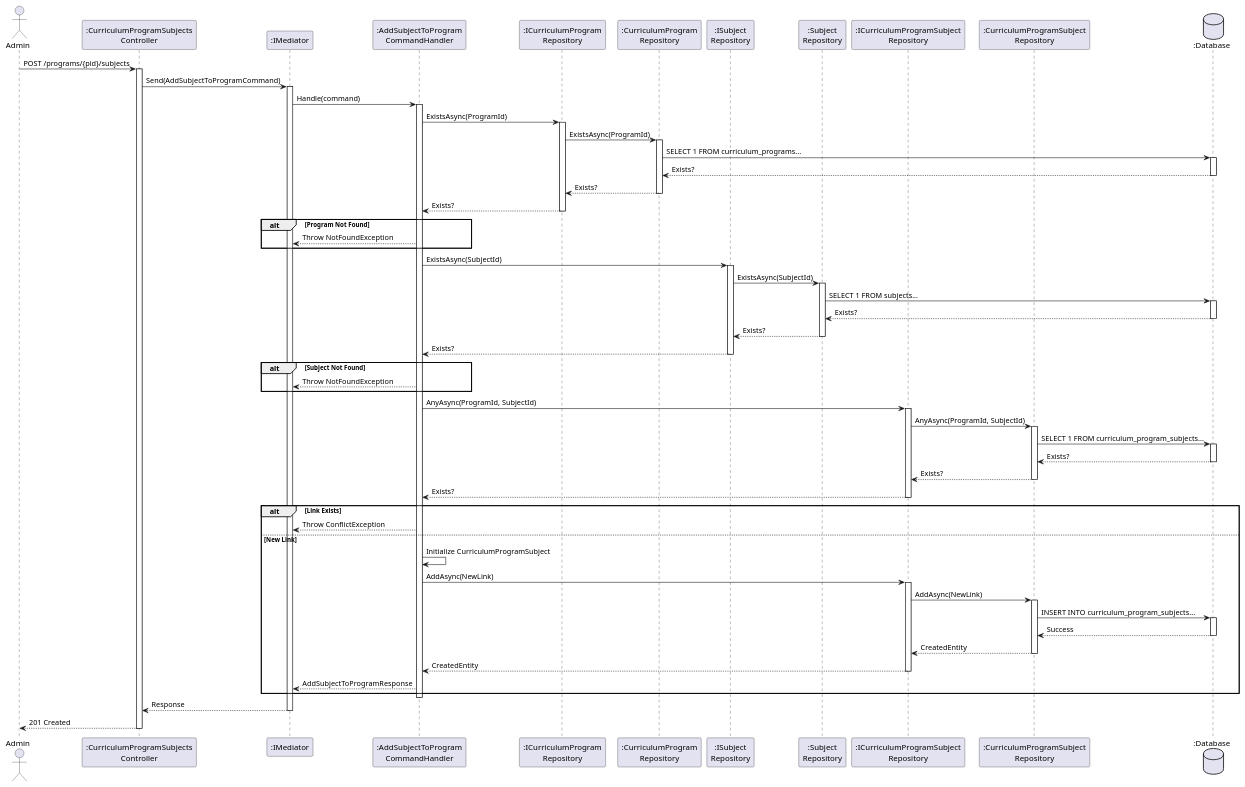
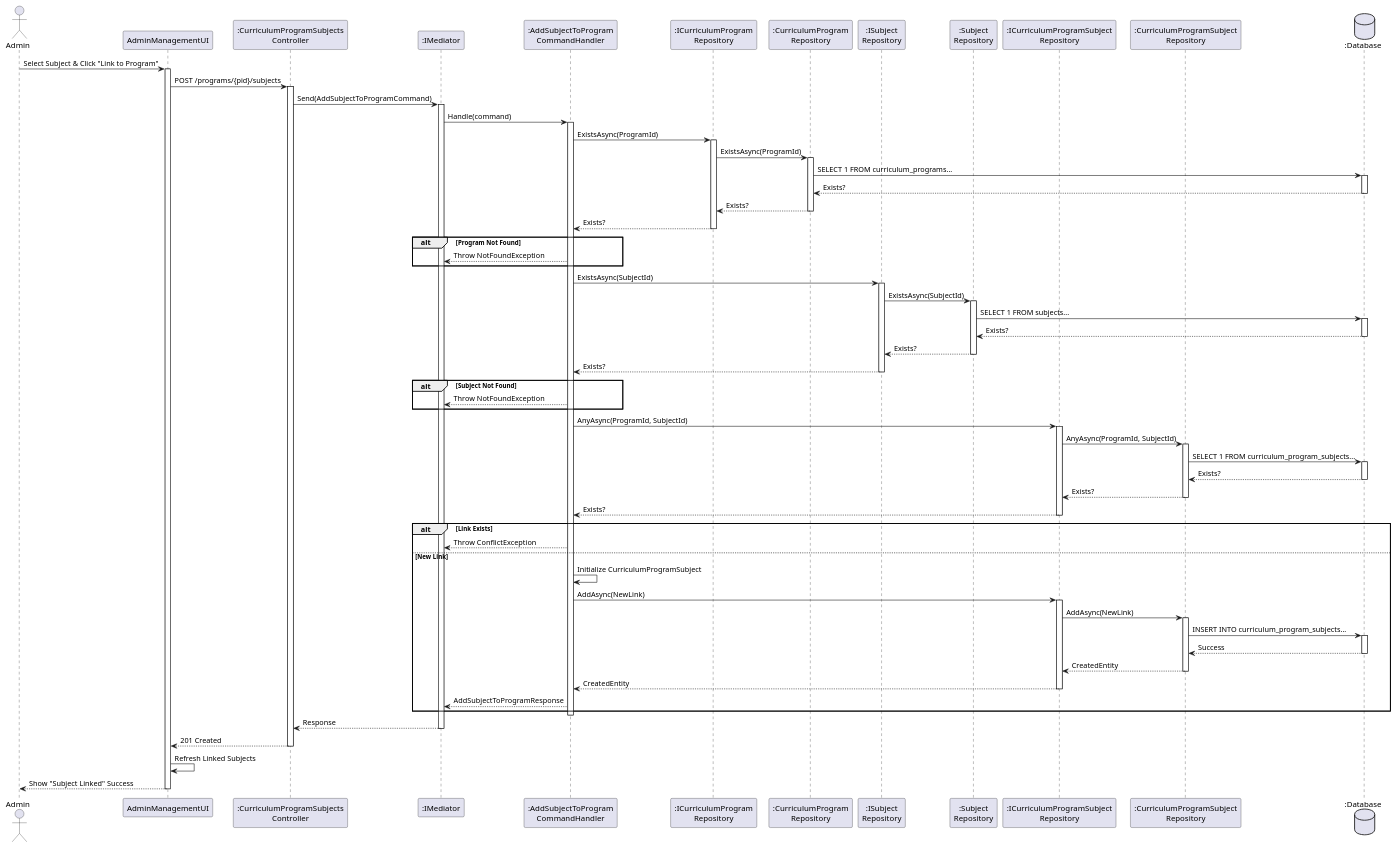
Before and after one commit to FA25SE050-RogueLearn/RogueLearn.BMAD.Documentation: the diagram in docs/srs/diagrams/sequence-diagram/admin-curriculum-program/link-subject-program-seq.puml, drawn with PlantUML. The commit also changed 77 other files, not shown here.

Commit message:
add: fix the sequence diagrams

```diff
--- a/docs/srs/diagrams/sequence-diagram/admin-curriculum-program/link-subject-program-seq.puml
+++ b/docs/srs/diagrams/sequence-diagram/admin-curriculum-program/link-subject-program-seq.puml
@@ -1,100 +1,108 @@
 @startuml
 actor Admin
+participant AdminManagementUI as UI
 participant ":CurriculumProgramSubjects\nController" as Controller
 participant ":IMediator" as Med
 participant ":AddSubjectToProgram\nCommandHandler" as Handler
 participant ":ICurriculumProgram\nRepository" as IProgRepo
 participant ":CurriculumProgram\nRepository" as ProgRepo
 participant ":ISubject\nRepository" as ISubRepo
 participant ":Subject\nRepository" as SubRepo
 participant ":ICurriculumProgramSubject\nRepository" as ILinkRepo
 participant ":CurriculumProgramSubject\nRepository" as LinkRepo
 database ":Database" as DB
 
-Admin -> Controller : POST /programs/{pid}/subjects
+Admin -> UI : Select Subject & Click "Link to Program"
+activate UI
+
+UI -> Controller : POST /programs/{pid}/subjects
 activate Controller
 
 Controller -> Med : Send(AddSubjectToProgramCommand)
 activate Med
 
 Med -> Handler : Handle(command)
 activate Handler
 
 ' 1. Validate Parents
 Handler -> IProgRepo : ExistsAsync(ProgramId)
 activate IProgRepo
 IProgRepo -> ProgRepo : ExistsAsync(ProgramId)
 activate ProgRepo
 ProgRepo -> DB : SELECT 1 FROM curriculum_programs...
 activate DB
 DB --> ProgRepo : Exists?
 deactivate DB
 ProgRepo --> IProgRepo : Exists?
 deactivate ProgRepo
 IProgRepo --> Handler : Exists?
 deactivate IProgRepo
 
 alt Program Not Found
     Handler --> Med : Throw NotFoundException
 end
 
 Handler -> ISubRepo : ExistsAsync(SubjectId)
 activate ISubRepo
 ISubRepo -> SubRepo : ExistsAsync(SubjectId)
 activate SubRepo
 SubRepo -> DB : SELECT 1 FROM subjects...
 activate DB
 DB --> SubRepo : Exists?
 deactivate DB
 SubRepo --> ISubRepo : Exists?
 deactivate SubRepo
 ISubRepo --> Handler : Exists?
 deactivate ISubRepo
 
 alt Subject Not Found
     Handler --> Med : Throw NotFoundException
 end
 
 ' 2. Check Existing Link
 Handler -> ILinkRepo : AnyAsync(ProgramId, SubjectId)
 activate ILinkRepo
 ILinkRepo -> LinkRepo : AnyAsync(ProgramId, SubjectId)
 activate LinkRepo
 LinkRepo -> DB : SELECT 1 FROM curriculum_program_subjects...
 activate DB
 DB --> LinkRepo : Exists?
 deactivate DB
 LinkRepo --> ILinkRepo : Exists?
 deactivate LinkRepo
 ILinkRepo --> Handler : Exists?
 deactivate ILinkRepo
 
 alt Link Exists
     Handler --> Med : Throw ConflictException
 else New Link
     ' 3. Create Link
     Handler -> Handler : Initialize CurriculumProgramSubject
     
     Handler -> ILinkRepo : AddAsync(NewLink)
     activate ILinkRepo
     ILinkRepo -> LinkRepo : AddAsync(NewLink)
     activate LinkRepo
     LinkRepo -> DB : INSERT INTO curriculum_program_subjects...
     activate DB
     DB --> LinkRepo : Success
     deactivate DB
     LinkRepo --> ILinkRepo : CreatedEntity
     deactivate LinkRepo
     ILinkRepo --> Handler : CreatedEntity
     deactivate ILinkRepo
     
     Handler --> Med : AddSubjectToProgramResponse
 end
 
 deactivate Handler
 Med --> Controller : Response
 deactivate Med
 
-Controller --> Admin : 201 Created
+Controller --> UI : 201 Created
 deactivate Controller
+
+UI -> UI : Refresh Linked Subjects
+UI --> Admin : Show "Subject Linked" Success
+deactivate UI
 @enduml
```
